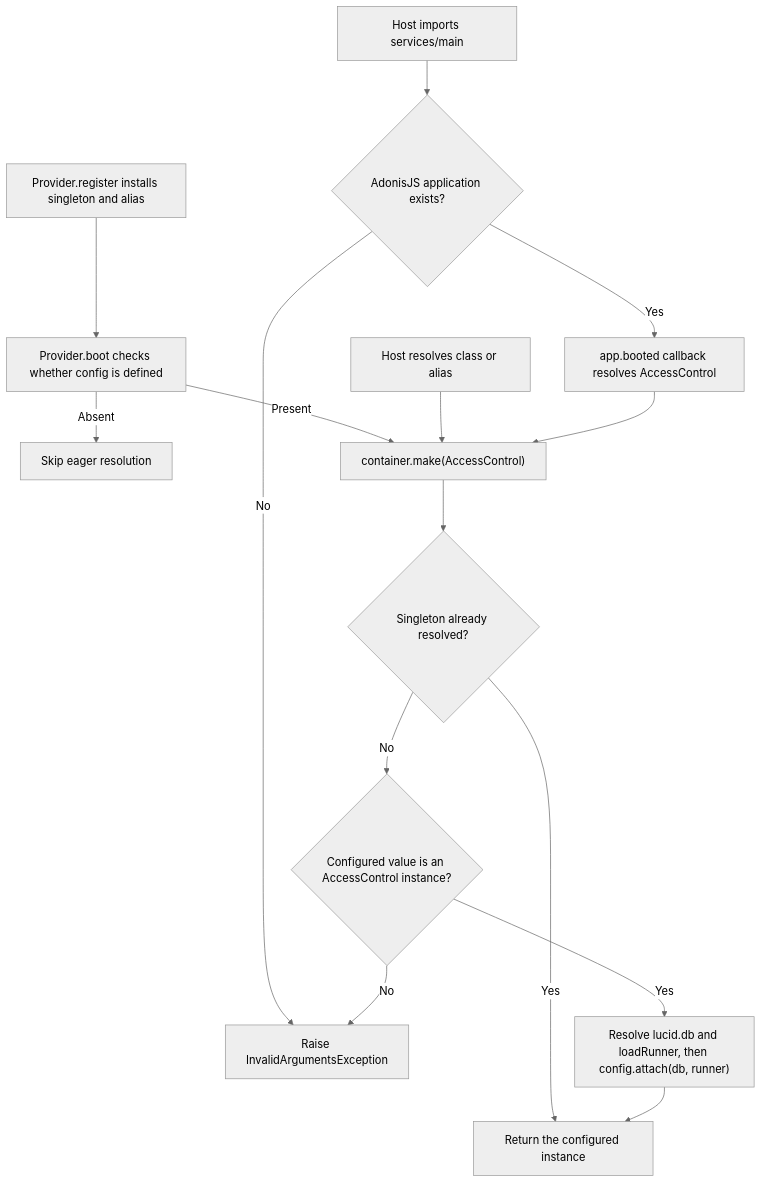
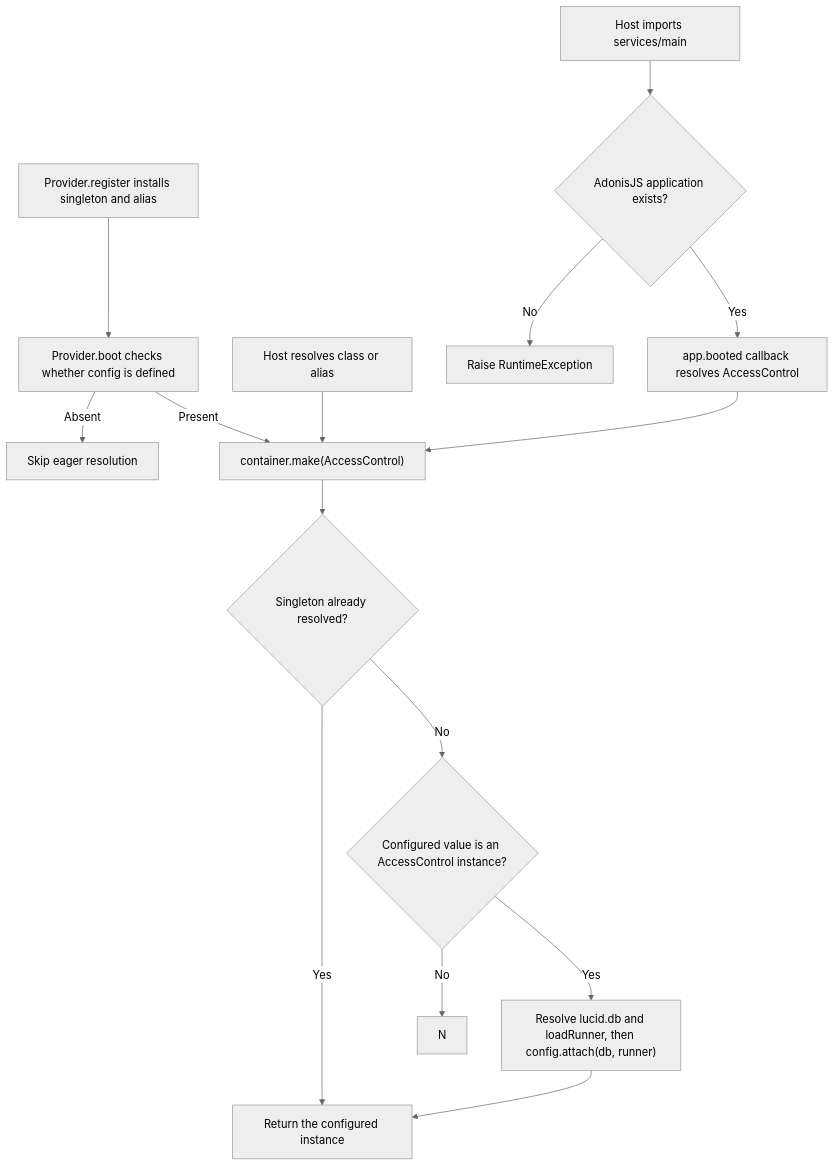
One commit to Kevinjohn/oss-adonisjs-access-control changed the second of 2 diagrams in user-stories/US-ACCESS-31-resolve-provider-service.md. Above: the diagram before and after it, drawn with Mermaid (neutral theme). The commit also changed 18 other files, not shown here.

Commit message:
Reconcile access control story flows

````diff
--- a/user-stories/US-ACCESS-31-resolve-provider-service.md
+++ b/user-stories/US-ACCESS-31-resolve-provider-service.md
@@ -32,17 +32,17 @@
 ```mermaid
 flowchart TD
     A["Provider.register installs singleton and alias"] --> B["Provider.boot checks whether config is defined"]
     B -->|Absent| X["Skip eager resolution"]
     B -->|Present| C["container.make(AccessControl)"]
     D["Host resolves class or alias"] --> C
     S["Host imports services/main"] --> T{"AdonisJS application exists?"}
-    T -->|No| N["Raise InvalidArgumentsException"]
+    T -->|No| Q["Raise RuntimeException"]
     T -->|Yes| U["app.booted callback resolves AccessControl"]
     U --> C
     C --> V{"Singleton already resolved?"}
     V -->|Yes| Y["Return the configured instance"]
     V -->|No| E{"Configured value is an AccessControl instance?"}
     E -->|No| N
     E -->|Yes| F["Resolve lucid.db and loadRunner, then config.attach(db, runner)"]
     F --> Y
 ```
````
